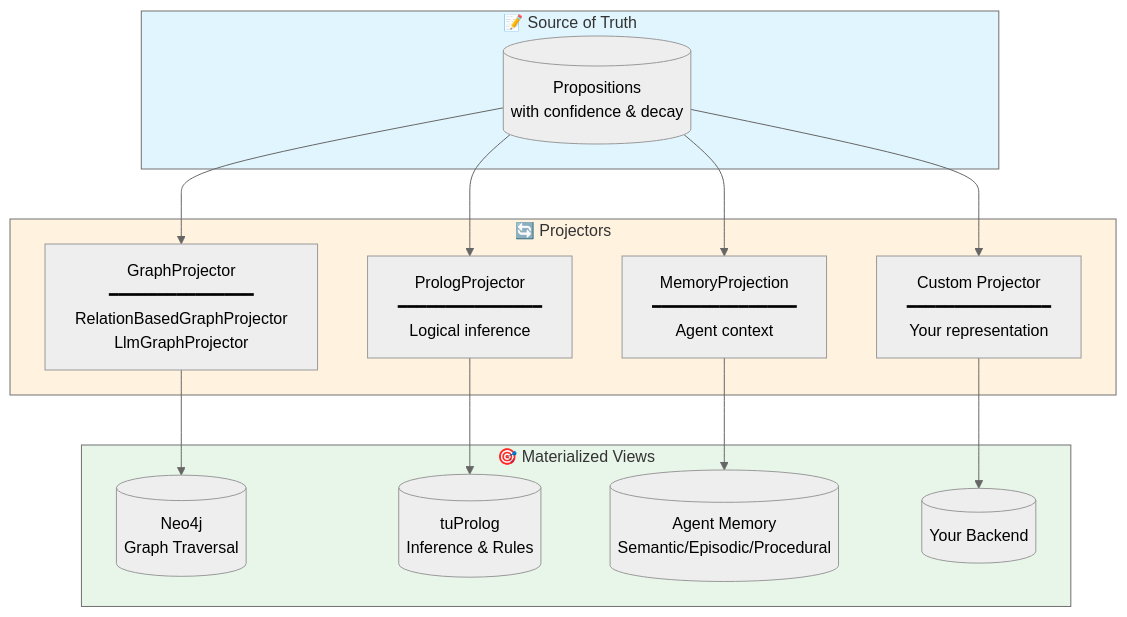
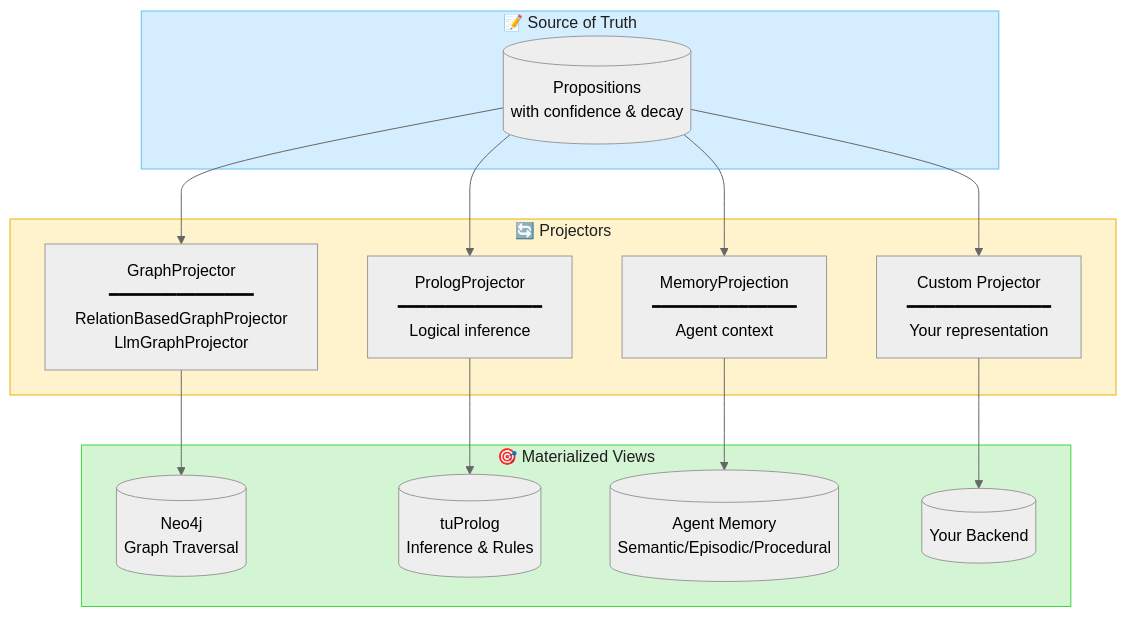
Before and after one commit to embabel/dice: the second of 4 diagrams in README.md, drawn with Mermaid (neutral theme). The commit also changed other lines of this file and 1 other file, not shown here.

````diff
--- a/README.md
+++ b/README.md
@@ -243,29 +243,29 @@
 ```mermaid
 flowchart TB
     subgraph Source["📝 Source of Truth"]
         P[("Propositions<br/>with confidence & decay")]
     end
 
     subgraph Projectors["🔄 Projectors"]
         GP["GraphProjector<br/>━━━━━━━━━━━━━━━<br/>RelationBasedGraphProjector<br/>LlmGraphProjector"]
         PP["PrologProjector<br/>━━━━━━━━━━━━━━━<br/>Logical inference"]
         MP["MemoryProjection<br/>━━━━━━━━━━━━━━━<br/>Agent context"]
         CP["Custom Projector<br/>━━━━━━━━━━━━━━━<br/>Your representation"]
     end
 
     subgraph Targets["🎯 Materialized Views"]
         Neo[("Neo4j<br/>Graph Traversal")]
         Pro[("tuProlog<br/>Inference & Rules")]
         Mem[("Agent Memory<br/>Semantic/Episodic/Procedural")]
         Cus[("Your Backend")]
     end
 
     P --> GP --> Neo
     P --> PP --> Pro
     P --> MP --> Mem
     P --> CP --> Cus
 
-    style Source fill:#e1f5fe
-    style Projectors fill:#fff3e0
-    style Targets fill:#e8f5e9
+    style Source fill:#d4eeff,stroke:#63c0f5,color:#1e1e1e
+    style Projectors fill:#fff3cd,stroke:#e9b306,color:#1e1e1e
+    style Targets fill:#d4f5d4,stroke:#3fd73c,color:#1e1e1e
 ```
````
